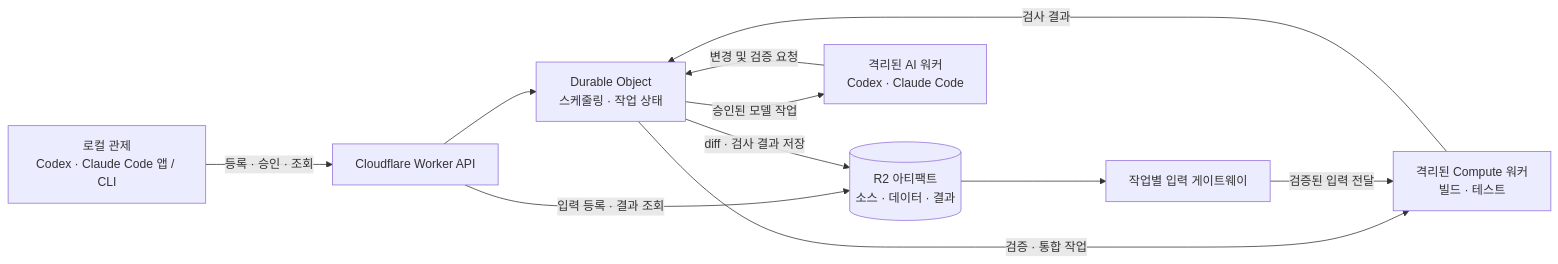
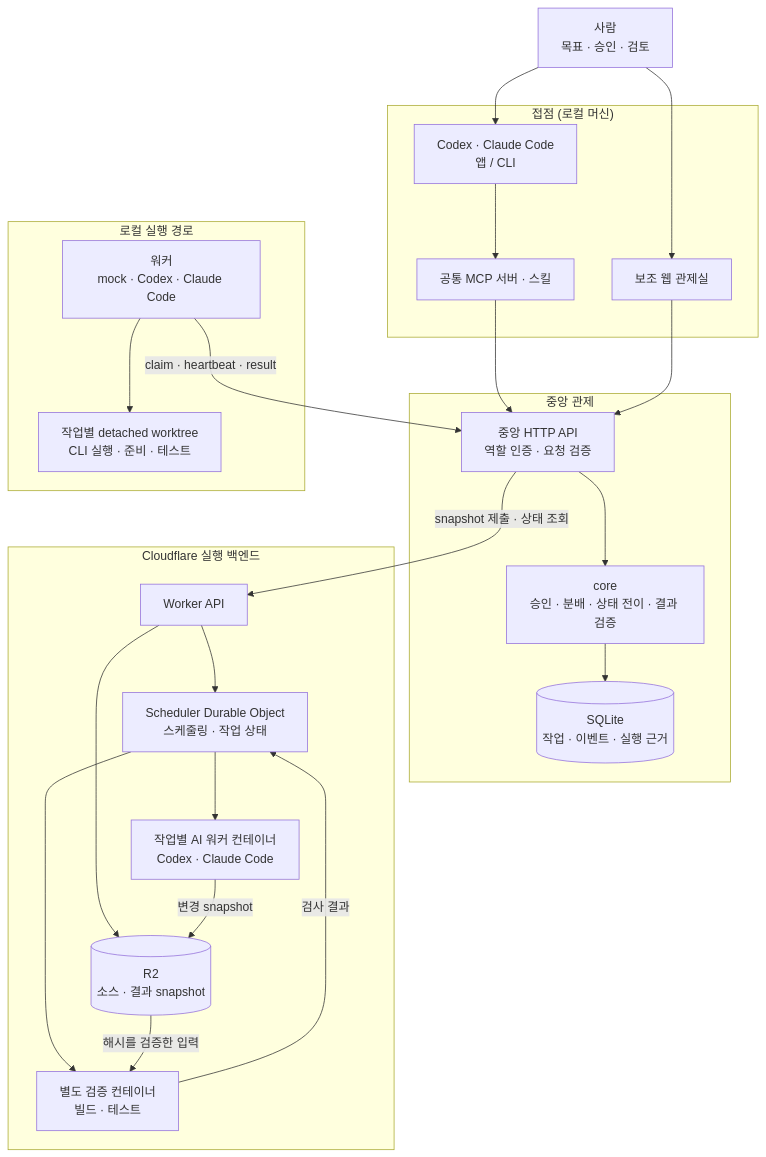
The first of 2 diagrams in README.md (roboco-io/project-hivemind), drawn with Mermaid before and after one commit. The commit also changed other lines of this file, not shown here.

First line of the commit message:
docs: refocus README on intent, goals and architecture

````diff
--- a/README.md
+++ b/README.md
@@ -15,13 +48,43 @@
 ```mermaid
-flowchart LR
-    User["로컬 관제<br/>Codex · Claude Code 앱 / CLI"] -->|등록 · 승인 · 조회| API["Cloudflare Worker API"]
-    API --> Scheduler["Durable Object<br/>스케줄링 · 작업 상태"]
-    API -->|입력 등록 · 결과 조회| R2[("R2 아티팩트<br/>소스 · 데이터 · 결과")]
-    Scheduler -->|승인된 모델 작업| Agent["격리된 AI 워커<br/>Codex · Claude Code"]
-    Scheduler -->|검증 · 통합 작업| Compute["격리된 Compute 워커<br/>빌드 · 테스트"]
-    Agent -->|변경 및 검증 요청| Scheduler
-    R2 --> Gateway["작업별 입력 게이트웨이"]
-    Gateway -->|검증된 입력 전달| Compute
-    Compute -->|검사 결과| Scheduler
-    Scheduler -->|diff · 검사 결과 저장| R2
+flowchart TB
+    Human["사람<br/>목표 · 승인 · 검토"]
+
+    subgraph Client["접점 (로컬 머신)"]
+        Host["Codex · Claude Code<br/>앱 / CLI"]
+        MCP["공통 MCP 서버 · 스킬"]
+        Web["보조 웹 관제실"]
+    end
+
+    subgraph Control["중앙 관제"]
+        API["중앙 HTTP API<br/>역할 인증 · 요청 검증"]
+        Core["core<br/>승인 · 분배 · 상태 전이 · 결과 검증"]
+        DB[("SQLite<br/>작업 · 이벤트 · 실행 근거")]
+    end
+
+    subgraph Local["로컬 실행 경로"]
+        LW["워커<br/>mock · Codex · Claude Code"]
+        WT["작업별 detached worktree<br/>CLI 실행 · 준비 · 테스트"]
+    end
+
+    subgraph CF["Cloudflare 실행 백엔드"]
+        WAPI["Worker API"]
+        DO["Scheduler Durable Object<br/>스케줄링 · 작업 상태"]
+        Agent["작업별 AI 워커 컨테이너<br/>Codex · Claude Code"]
+        Verify["별도 검증 컨테이너<br/>빌드 · 테스트"]
+        R2[("R2<br/>소스 · 결과 snapshot")]
+    end
+
+    Human --> Host --> MCP --> API
+    Human --> Web --> API
+    API --> Core --> DB
+    LW -->|claim · heartbeat · result| API
+    LW --> WT
+    API -->|snapshot 제출 · 상태 조회| WAPI
+    WAPI --> DO
+    WAPI --> R2
+    DO --> Agent
+    DO --> Verify
+    Agent -->|변경 snapshot| R2
+    R2 -->|해시를 검증한 입력| Verify
+    Verify -->|검사 결과| DO
 ```
````
